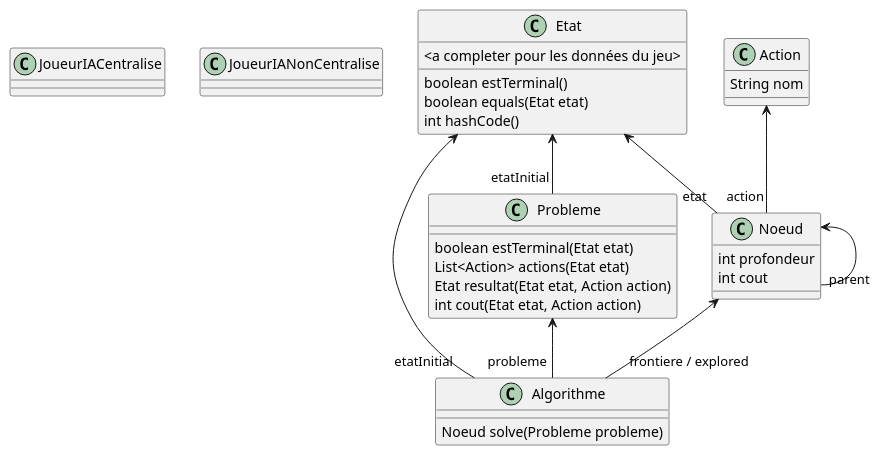
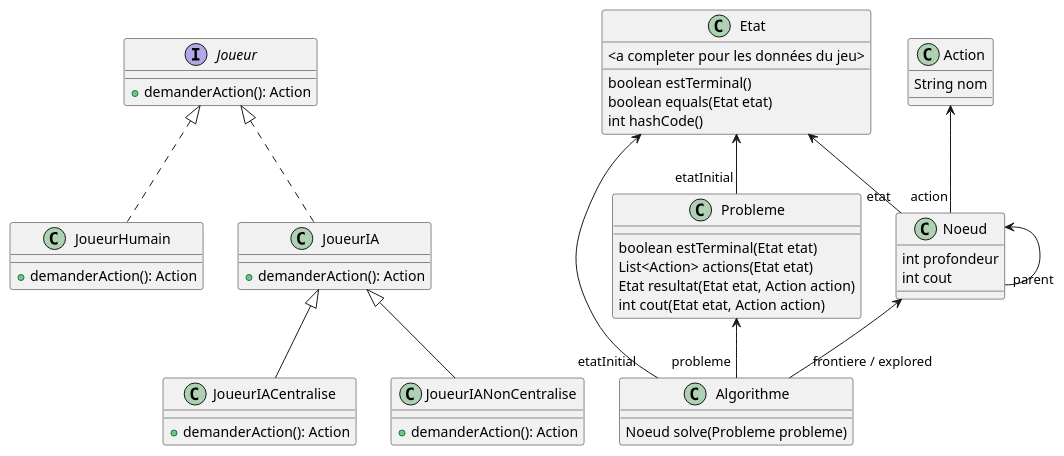
One commit to ThomasRbn/PTUT_BERNARD_ROBINEAU_ROUYER_RUSSO changed the diagram in assets/DiagClassIA.puml. Above: the diagram before and after it, drawn with PlantUML.

Commit message:
Deuxième version du digramme de classe de l'IA

```diff
--- a/assets/DiagClassIA.puml
+++ b/assets/DiagClassIA.puml
@@ -1,40 +1,55 @@
 @startuml
 
-class JoueurIACentralise
-class JoueurIANonCentralise
+interface Joueur {
+    + demanderAction(): Action
+}
+
+class JoueurHumain implements Joueur {
+    + demanderAction(): Action
+}
+
+class JoueurIA implements Joueur {
+    + demanderAction(): Action
+}
+
+class JoueurIACentralise extends JoueurIA {
+    + demanderAction(): Action
+}
+class JoueurIANonCentralise extends JoueurIA {
+    + demanderAction(): Action
+}
 class Algorithme{
     Noeud solve(Probleme probleme)
 }
 Probleme <-- "probleme" Algorithme
 Etat <-- "etatInitial" Algorithme
 Noeud <-- "frontiere / explored" Algorithme
 
 class Action{
     String nom
 }
-
 
 class Probleme{
     boolean estTerminal(Etat etat)
     List<Action> actions(Etat etat)
     Etat resultat(Etat etat, Action action)
     int cout(Etat etat, Action action)
 }
 Etat <-- "etatInitial" Probleme
 
 
 class Etat{
     <a completer pour les données du jeu>
     boolean estTerminal()
     boolean equals(Etat etat)
     int hashCode()
 }
 
 class Noeud{
     int profondeur
     int cout
 }
 Etat <-- "etat" Noeud
 Action <-- "action" Noeud
 Noeud <-- "parent" Noeud
 @enduml
```
